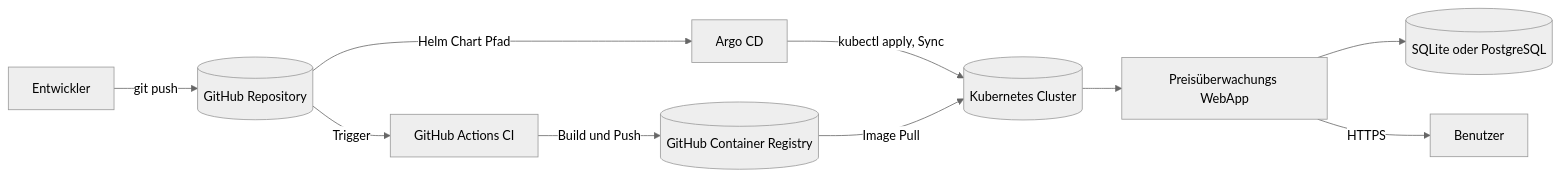
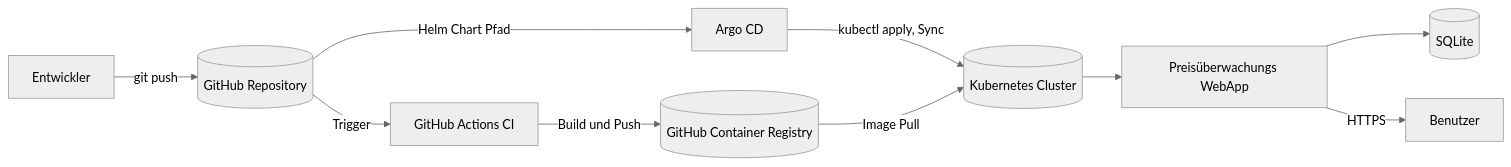
One commit to Cancani/gitops-platform-semesterarbeit5 changed the first of 2 diagrams in docs/index.md. Above: the diagram before and after it, drawn with Mermaid (neutral theme). The commit also changed other lines of this file and 1 other file, not shown here.

````diff
--- a/docs/index.md
+++ b/docs/index.md
@@ -31,12 +58,12 @@
 ```mermaid
 flowchart LR
     Dev[Entwickler] -->|git push| Repo[(GitHub Repository)]
     Repo -->|Trigger| CI[GitHub Actions CI]
     CI -->|Build und Push| Reg[(GitHub Container Registry)]
     Repo -->|Helm Chart Pfad| Argo[Argo CD]
     Argo -->|kubectl apply, Sync| K8s[(Kubernetes Cluster)]
     Reg -->|Image Pull| K8s
     K8s --> App[Preisüberwachungs WebApp]
-    App --> DB[(SQLite oder PostgreSQL)]
+    App --> DB[(SQLite)]
     App -->|HTTPS| User[Benutzer]
 ```
````
